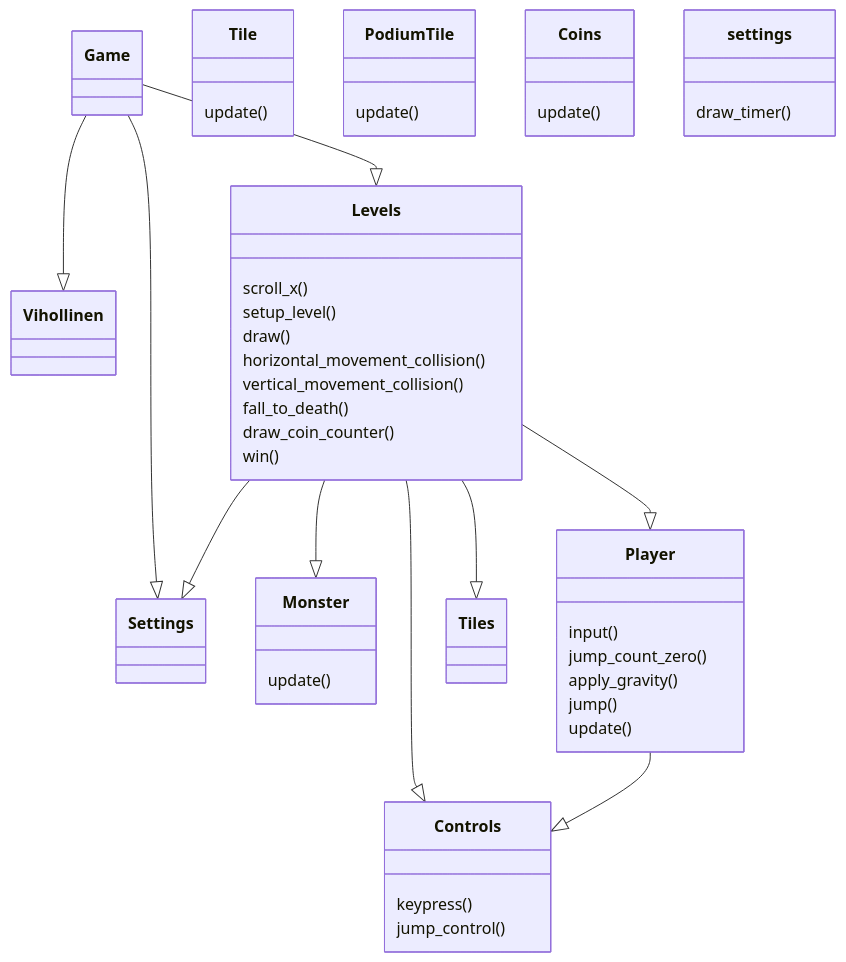
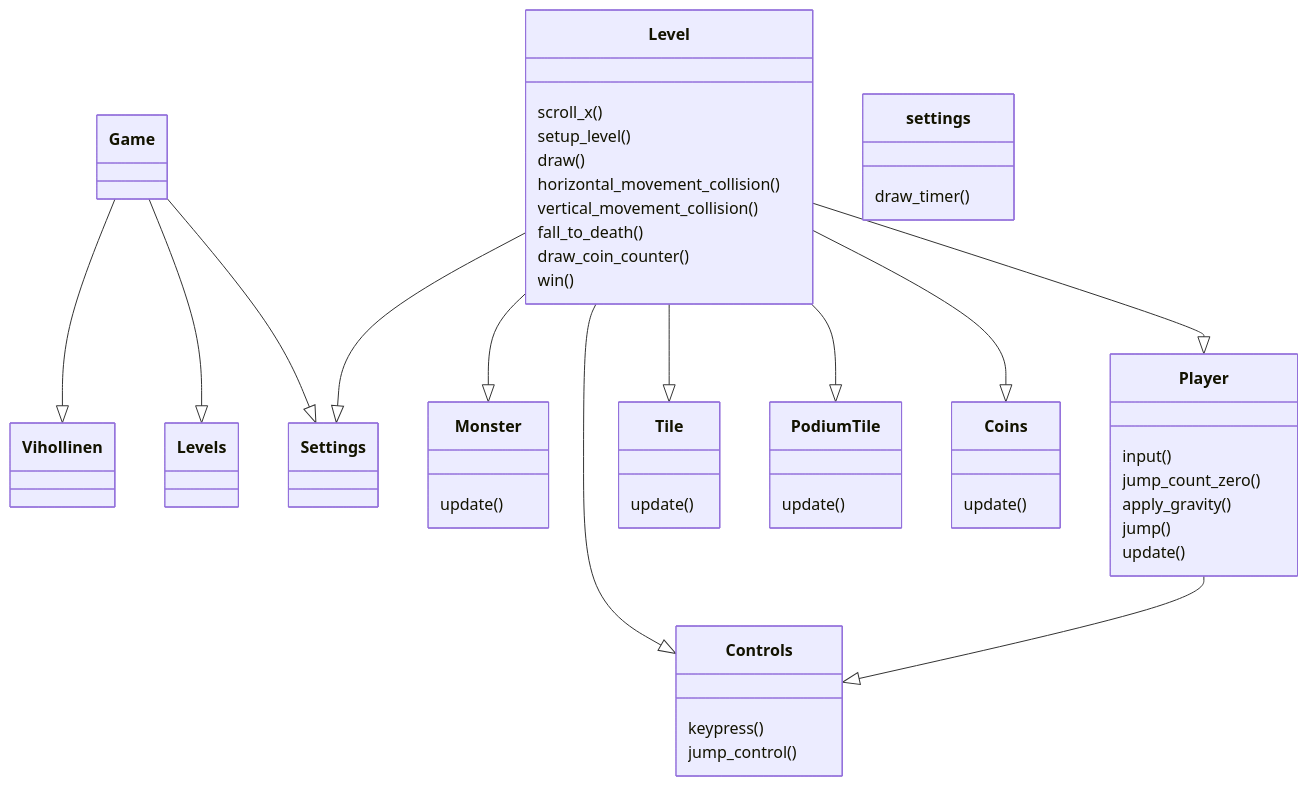
The diagram in Dokumentaatio/arkkitehtuuri.md (mfaarni/ot-harjoitustyo), drawn with Mermaid before and after one commit.

````diff
--- a/Dokumentaatio/arkkitehtuuri.md
+++ b/Dokumentaatio/arkkitehtuuri.md
@@ -1,69 +1,71 @@
 ```mermaid
 classDiagram
   Game--|>Vihollinen
   Game--|>Levels
   Game--|>Settings
-  Levels--|>Monster
-  Levels--|>Player
-  Levels--|>Settings
-  Levels--|>Tiles
-  Levels--|>Controls
+  Level--|>Monster
+  Level--|>Player
+  Level--|>Settings
+  Level--|>Tile
+  Level--|>PodiumTile
+  Level--|>Coins
+  Level--|>Controls
   Player--|>Controls
 
-  class Levels{
+  class Level{
     scroll_x()
     setup_level()
     draw()
     horizontal_movement_collision()
     vertical_movement_collision()
     fall_to_death()
     draw_coin_counter()
     win()
 
     
 
   }
 
   class Player{
     input()
     jump_count_zero()
     apply_gravity()
     jump()
     update()
 
   }
 
   class Monster{
     update()
 
   }
 
   class Tile{
     update()
 
   }
 
   class PodiumTile{
     update()
 
   }
   
 
   class Coins{
     update()
 
   }
   
 
   class Controls{
     keypress()
     jump_control()
 
   }
   
 
   class settings{
     draw_timer()
 
   }
 ```
````
